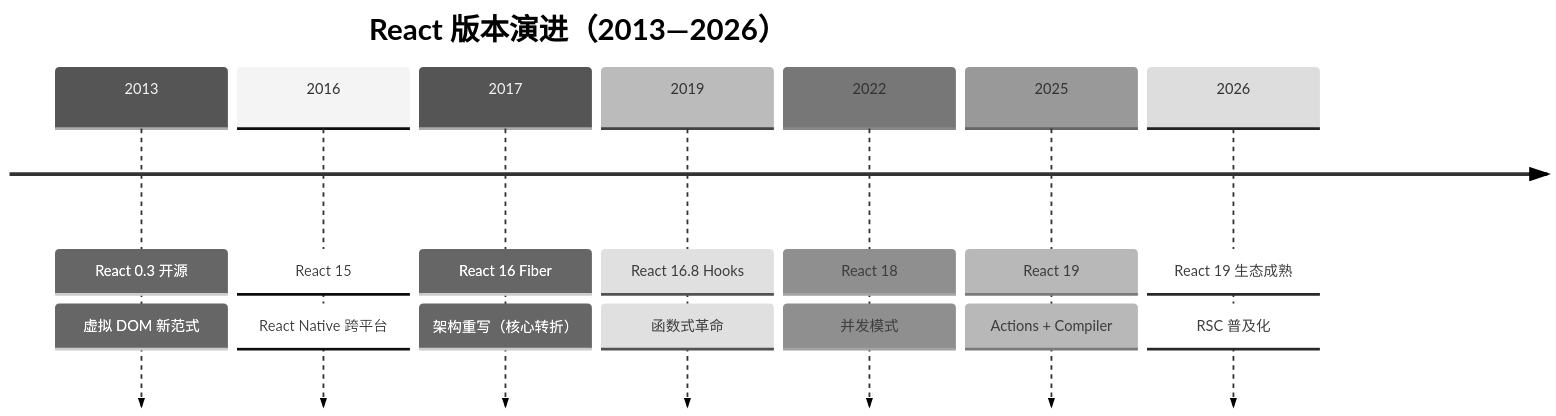
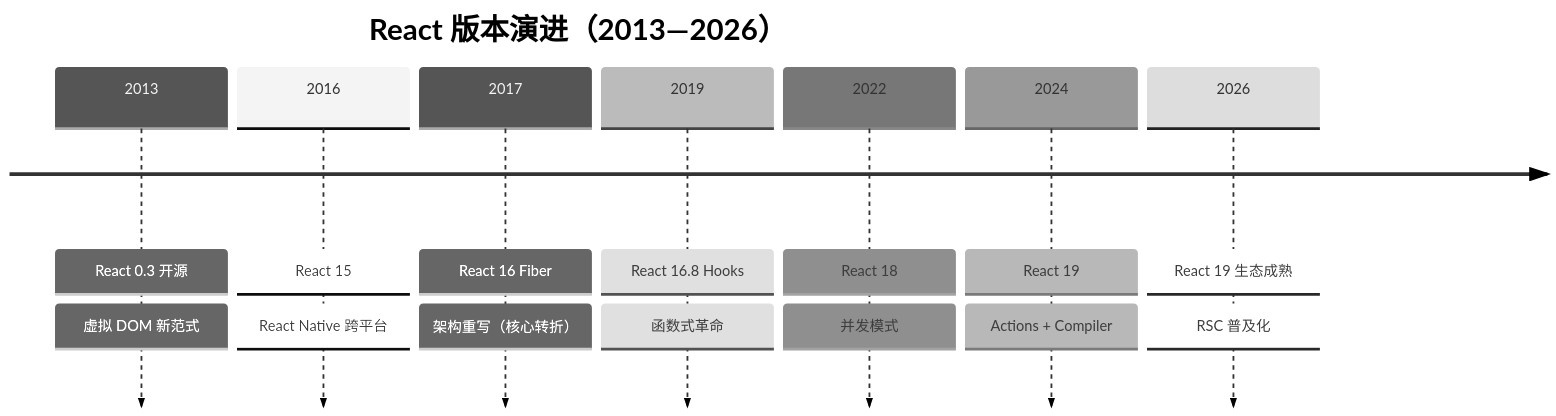
The fifth of 51 diagrams in S2-框架深入/04-React19.md (KMaybe01/common), drawn with Mermaid (neutral theme) before and after one commit. The commit also changed other lines of this file and 25 other files, not shown here.

````diff
--- a/S2-框架深入/04-React19.md
+++ b/S2-框架深入/04-React19.md
@@ -293,18 +293,18 @@
 ```mermaid
 timeline
     title React 版本演进（2013—2026）
     2013 : React 0.3 开源
          : 虚拟 DOM 新范式
     2016 : React 15
          : React Native 跨平台
     2017 : React 16 Fiber
          : 架构重写（核心转折）
     2019 : React 16.8 Hooks
          : 函数式革命
     2022 : React 18
          : 并发模式
-    2025 : React 19
-         : Actions + Compiler
+     2024 : React 19
+          : Actions + Compiler
     2026 : React 19 生态成熟
          : RSC 普及化
 ```
````
